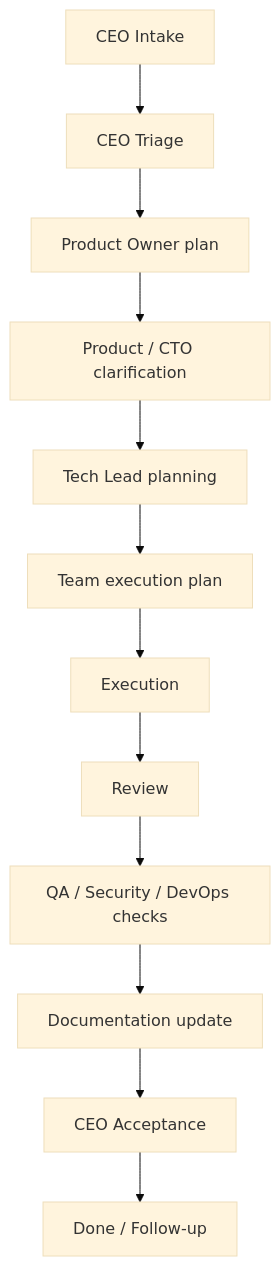
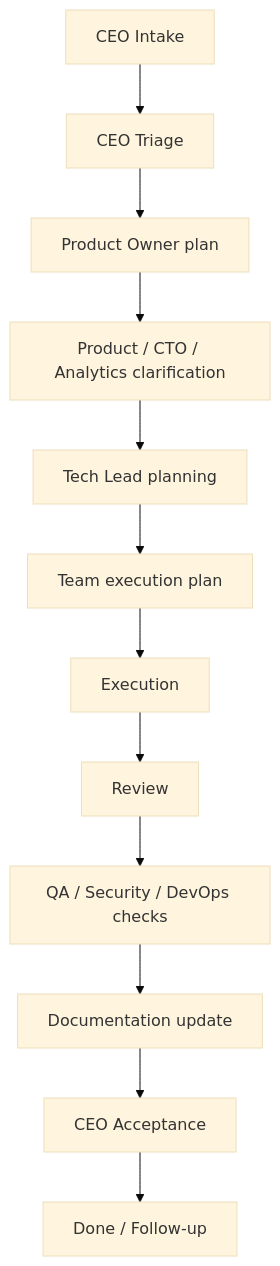
The diagram in 02-team/process/WORKFLOW.md (NDK-Games/docs), drawn with Mermaid (base theme) before and after one commit. The commit also changed other lines of this file and 14 other files, not shown here.

````diff
--- a/02-team/process/WORKFLOW.md
+++ b/02-team/process/WORKFLOW.md
@@ -11,14 +11,14 @@
 ```mermaid
 flowchart TD
     Intake["CEO Intake"] --> Triage["CEO Triage"]
     Triage --> POPlan["Product Owner plan"]
-    POPlan --> Product["Product / CTO clarification"]
+    POPlan --> Product["Product / CTO / Analytics clarification"]
     Product --> Planning["Tech Lead planning"]
     Planning --> TeamPlan["Team execution plan"]
     TeamPlan --> Execution["Execution"]
     Execution --> Review["Review"]
     Review --> QA["QA / Security / DevOps checks"]
     QA --> Docs["Documentation update"]
     Docs --> Acceptance["CEO Acceptance"]
     Acceptance --> Done["Done / Follow-up"]
 ```
````
